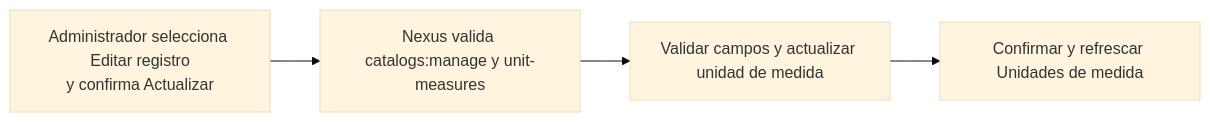
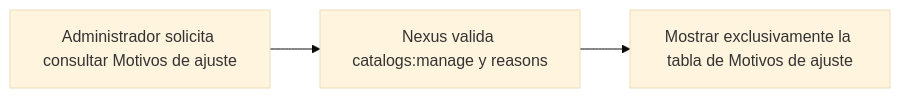
Before and after one commit to gpgsistemas01/nexus: the diagram in docs/requirements/diagrams/catalogs/cu-cat-21.md, drawn with Mermaid (base theme). The commit also changed other lines of this file and 167 other files, not shown here.

````diff
--- a/docs/requirements/diagrams/catalogs/cu-cat-21.md
+++ b/docs/requirements/diagrams/catalogs/cu-cat-21.md
@@ -3,6 +3,5 @@
 ```mermaid
 flowchart LR
-    request["Administrador selecciona Editar registro<br/>y confirma Actualizar"] --> authorize["Nexus valida catalogs:manage y unit-measures"]
-    authorize --> persist["Validar campos y actualizar unidad de medida"]
-    persist --> result["Confirmar y refrescar Unidades de medida"]
+    request["Administrador solicita consultar Motivos de ajuste"] --> authorize["Nexus valida catalogs:manage y reasons"]
+    authorize --> result["Mostrar exclusivamente la tabla de Motivos de ajuste"]
 ```
````
